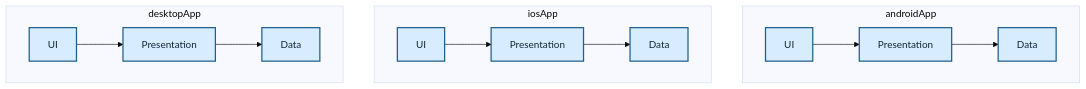
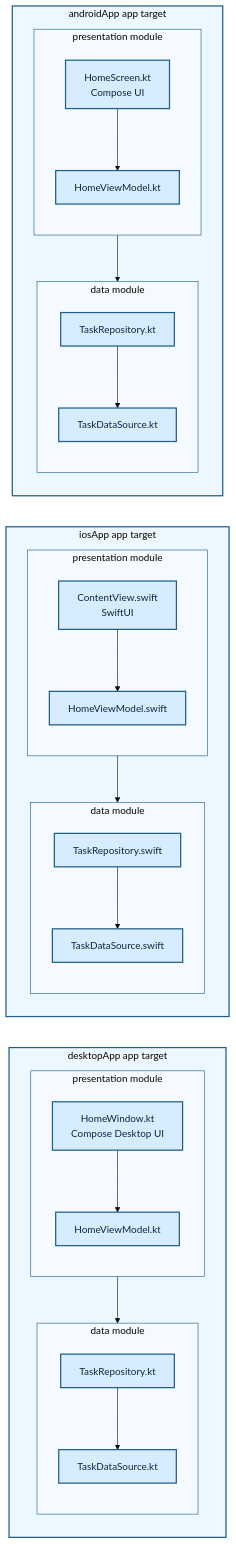
One commit to TheSetox/kmp-sample-diagrams changed the diagram in diagrams/04-layered-native.md. Above: the diagram before and after it, drawn with Mermaid (base theme). The commit also changed other lines of this file and 28 other files, not shown here.

Commit message:
docs: reassess diagram layer boundaries

````diff
--- a/diagrams/04-layered-native.md
+++ b/diagrams/04-layered-native.md
@@ -5,26 +5,68 @@
 ```mermaid
 flowchart TB
-  subgraph Android["androidApp"]
-    AUI["UI"]
-    APresentation["Presentation"]
-    AData["Data"]
-    AUI --> APresentation --> AData
+  subgraph Android["androidApp app target"]
+    direction TB
+    subgraph APresentation["presentation module"]
+      direction TB
+      AUI["HomeScreen.kt\nCompose UI"]
+      AVM["HomeViewModel.kt"]
+      AUI --> AVM
+    end
+    subgraph AData["data module"]
+      direction TB
+      ARepository["TaskRepository.kt"]
+      ADataSource["TaskDataSource.kt"]
+      ARepository --> ADataSource
+    end
+    AVM --> ARepository
   end
 
-  subgraph IOS["iosApp"]
-    IUI["UI"]
-    IPresentation["Presentation"]
-    IData["Data"]
-    IUI --> IPresentation --> IData
+  subgraph IOS["iosApp app target"]
+    direction TB
+    subgraph IPresentation["presentation module"]
+      direction TB
+      IUI["ContentView.swift\nSwiftUI"]
+      IVM["HomeViewModel.swift"]
+      IUI --> IVM
+    end
+    subgraph IData["data module"]
+      direction TB
+      IRepository["TaskRepository.swift"]
+      IDataSource["TaskDataSource.swift"]
+      IRepository --> IDataSource
+    end
+    IVM --> IRepository
   end
 
-  subgraph Desktop["desktopApp"]
-    DUI["UI"]
-    DPresentation["Presentation"]
-    DData["Data"]
-    DUI --> DPresentation --> DData
+  subgraph Desktop["desktopApp app target"]
+    direction TB
+    subgraph DPresentation["presentation module"]
+      direction TB
+      DUI["HomeWindow.kt\nCompose Desktop UI"]
+      DVM["HomeViewModel.kt"]
+      DUI --> DVM
+    end
+    subgraph DData["data module"]
+      direction TB
+      DRepository["TaskRepository.kt"]
+      DDataSource["TaskDataSource.kt"]
+      DRepository --> DDataSource
+    end
+    DVM --> DRepository
   end
 
-  classDef layer fill:#d8ecff,stroke:#1f5f8b,color:#0f2738,stroke-width:2px;
-  class AUI,APresentation,AData,IUI,IPresentation,IData,DUI,DPresentation,DData layer;
+  ADataSource ~~~ IUI
+  IDataSource ~~~ DUI
+
+  classDef native fill:#d8ecff,stroke:#1f5f8b,color:#0f2738,stroke-width:2px;
+  class AUI,AVM,ARepository,ADataSource,IUI,IVM,IRepository,IDataSource,DUI,DVM,DRepository,DDataSource native;
+  style Android fill:#edf7ff,stroke:#1f5f8b,stroke-width:2px
+  style IOS fill:#edf7ff,stroke:#1f5f8b,stroke-width:2px
+  style Desktop fill:#edf7ff,stroke:#1f5f8b,stroke-width:2px
+  style APresentation fill:#f4faff,stroke:#1f5f8b,stroke-width:1px
+  style IPresentation fill:#f4faff,stroke:#1f5f8b,stroke-width:1px
+  style DPresentation fill:#f4faff,stroke:#1f5f8b,stroke-width:1px
+  style AData fill:#f4faff,stroke:#1f5f8b,stroke-width:1px
+  style IData fill:#f4faff,stroke:#1f5f8b,stroke-width:1px
+  style DData fill:#f4faff,stroke:#1f5f8b,stroke-width:1px
 ```
````
